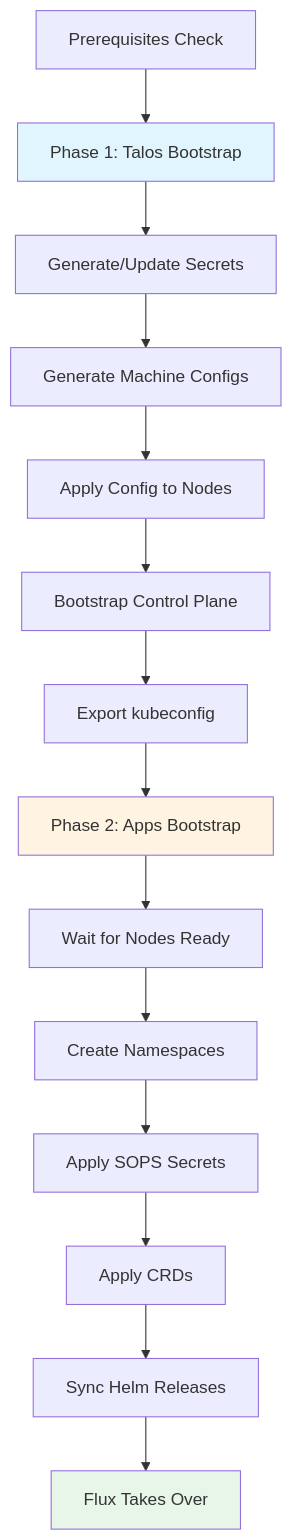
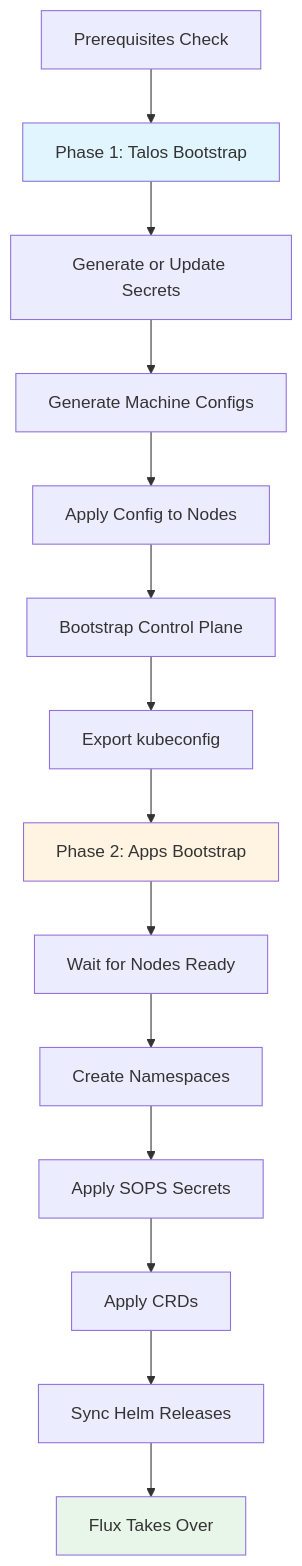
The diagram in openwiki/workflows/bootstrap.md (Tomyail/talos-cluster), drawn with Mermaid before and after one commit. The commit also changed other lines of this file and 45 other files, not shown here.

````diff
--- a/openwiki/workflows/bootstrap.md
+++ b/openwiki/workflows/bootstrap.md
@@ -35,21 +35,21 @@
 ```mermaid
 flowchart TD
     A[Prerequisites Check] --> B[Phase 1: Talos Bootstrap]
-    B --> C[Generate/Update Secrets]
+    B --> C[Generate or Update Secrets]
     C --> D[Generate Machine Configs]
     D --> E[Apply Config to Nodes]
     E --> F[Bootstrap Control Plane]
     F --> G[Export kubeconfig]
     
     G --> H[Phase 2: Apps Bootstrap]
     H --> I[Wait for Nodes Ready]
     I --> J[Create Namespaces]
     J --> K[Apply SOPS Secrets]
     K --> L[Apply CRDs]
     L --> M[Sync Helm Releases]
     M --> N[Flux Takes Over]
     
     style B fill:#e1f5ff
     style H fill:#fff4e1
     style N fill:#e8f5e9
 ```
````
